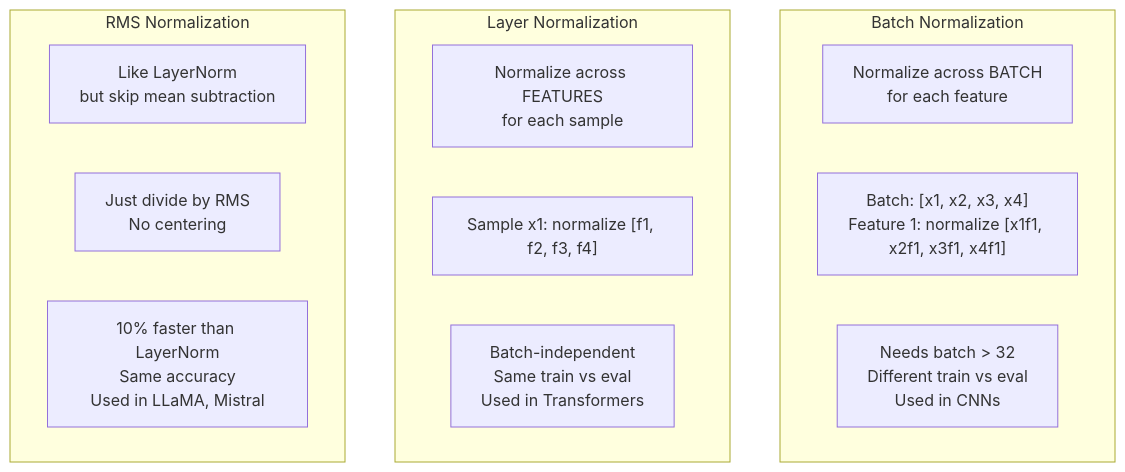
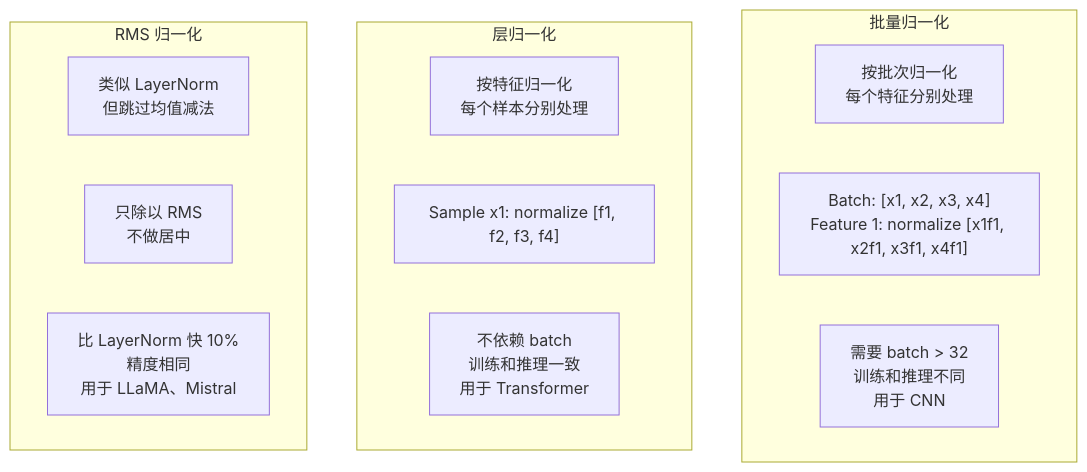
One commit to omigaZen/ai-engineering-from-scratch changed the second of 3 diagrams in phases/03-deep-learning-core/07-regularization/docs/zh.md. Above: the diagram before and after it, drawn with Mermaid. The commit also changed other lines of this file, not shown here.

````diff
--- a/phases/03-deep-learning-core/07-regularization/docs/zh.md
+++ b/phases/03-deep-learning-core/07-regularization/docs/zh.md
@@ -130,18 +130,18 @@
 ```mermaid
 graph TD
-    subgraph "Batch Normalization"
-        BN_D["Normalize across BATCH<br/>for each feature"]
+    subgraph "批量归一化"
+        BN_D["按批次归一化<br/>每个特征分别处理"]
         BN_S["Batch: [x1, x2, x3, x4]<br/>Feature 1: normalize [x1f1, x2f1, x3f1, x4f1]"]
-        BN_P["Needs batch > 32<br/>Different train vs eval<br/>Used in CNNs"]
+        BN_P["需要 batch > 32<br/>训练和推理不同<br/>用于 CNN"]
     end
-    subgraph "Layer Normalization"
-        LN_D["Normalize across FEATURES<br/>for each sample"]
+    subgraph "层归一化"
+        LN_D["按特征归一化<br/>每个样本分别处理"]
         LN_S["Sample x1: normalize [f1, f2, f3, f4]"]
-        LN_P["Batch-independent<br/>Same train vs eval<br/>Used in Transformers"]
+        LN_P["不依赖 batch<br/>训练和推理一致<br/>用于 Transformer"]
     end
-    subgraph "RMS Normalization"
-        RN_D["Like LayerNorm<br/>but skip mean subtraction"]
-        RN_S["Just divide by RMS<br/>No centering"]
-        RN_P["10% faster than LayerNorm<br/>Same accuracy<br/>Used in LLaMA, Mistral"]
+    subgraph "RMS 归一化"
+        RN_D["类似 LayerNorm<br/>但跳过均值减法"]
+        RN_S["只除以 RMS<br/>不做居中"]
+        RN_P["比 LayerNorm 快 10%<br/>精度相同<br/>用于 LLaMA、Mistral"]
     end
 ```
````
